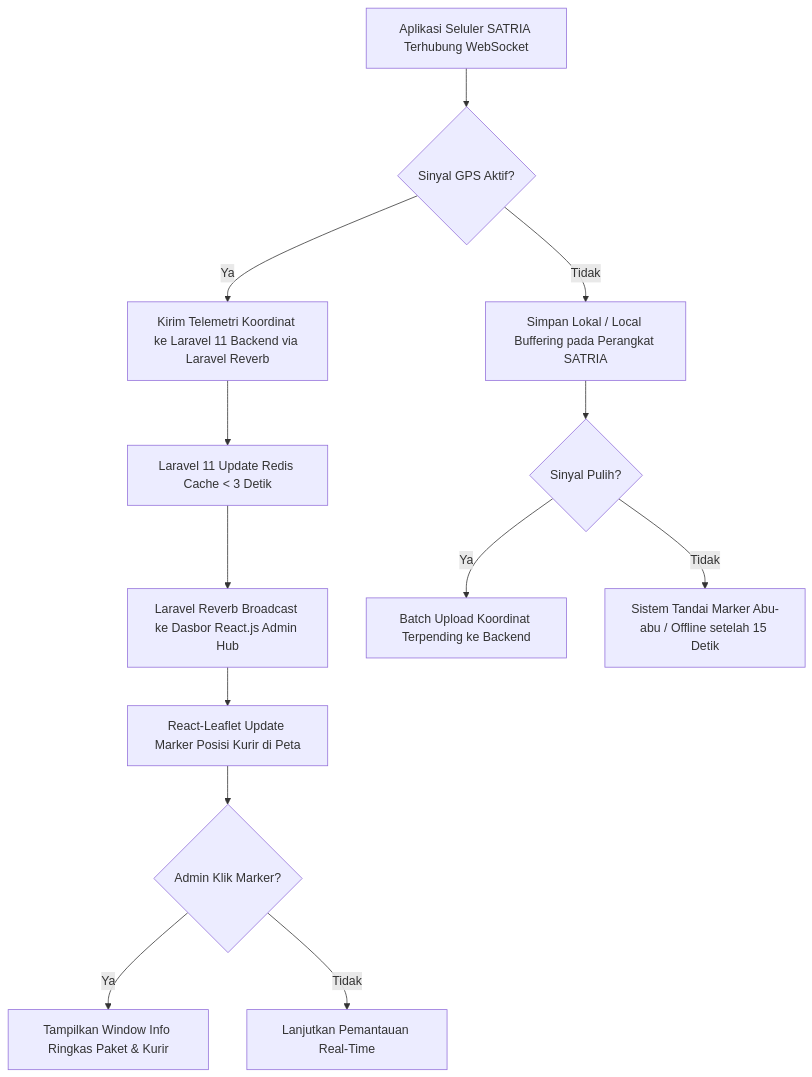
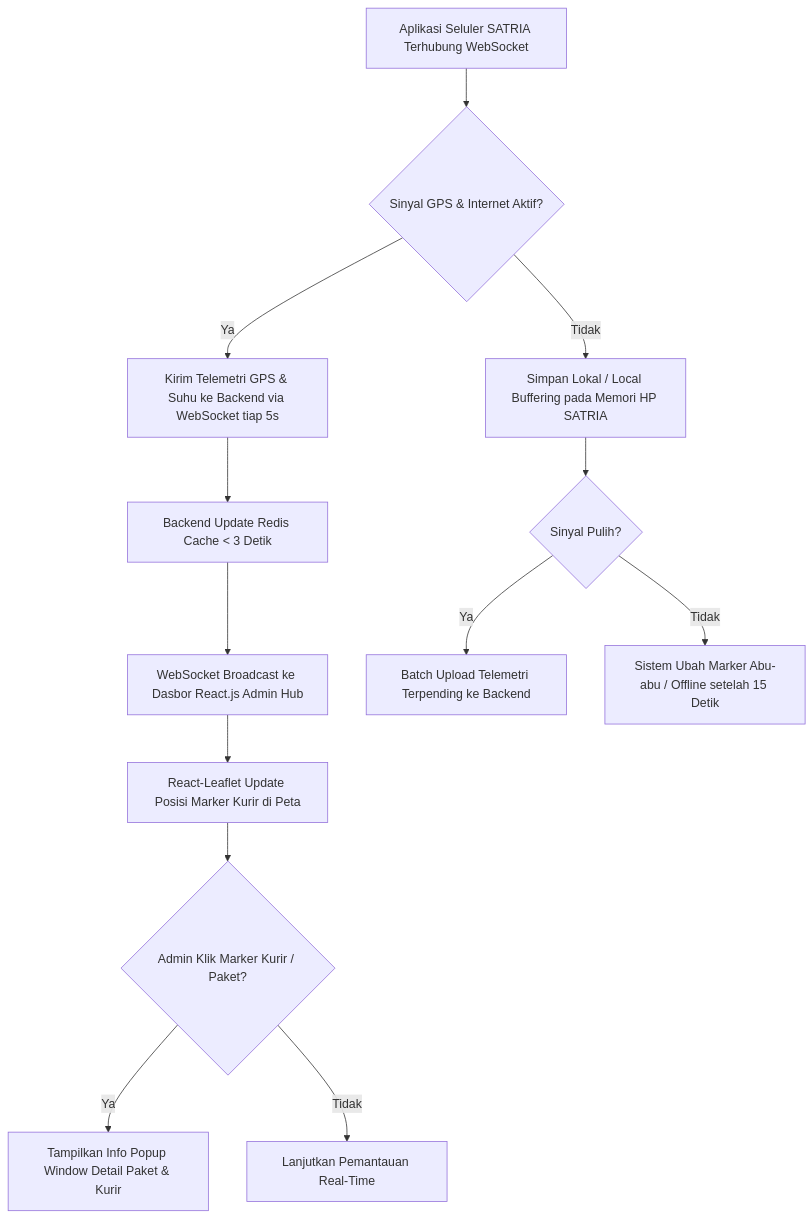
One commit to Ampasan/anteraja-capstone-naufalrakanramadhan changed the diagram in docs/frd/FRD-01-live-monitoring-map.md. Above: the diagram before and after it, drawn with Mermaid. The commit also changed other lines of this file and 6 other files, not shown here.

````diff
--- a/docs/frd/FRD-01-live-monitoring-map.md
+++ b/docs/frd/FRD-01-live-monitoring-map.md
@@ -21,15 +23,15 @@
 ```mermaid
 graph TD
-    A[Aplikasi Seluler SATRIA Terhubung WebSocket] --> B{Sinyal GPS Aktif?}
-    B -- Ya --> C[Kirim Telemetri Koordinat ke Laravel 11 Backend via Laravel Reverb]
-    B -- Tidak --> D[Simpan Lokal / Local Buffering pada Perangkat SATRIA]
-    C --> E[Laravel 11 Update Redis Cache < 3 Detik]
-    E --> F[Laravel Reverb Broadcast ke Dasbor React.js Admin Hub]
-    F --> G[React-Leaflet Update Marker Posisi Kurir di Peta]
-    G --> H{Admin Klik Marker?}
-    H -- Ya --> I[Tampilkan Window Info Ringkas Paket & Kurir]
+    A[Aplikasi Seluler SATRIA Terhubung WebSocket] --> B{Sinyal GPS & Internet Aktif?}
+    B -- Ya --> C[Kirim Telemetri GPS & Suhu ke Backend via WebSocket tiap 5s]
+    B -- Tidak --> D[Simpan Lokal / Local Buffering pada Memori HP SATRIA]
+    C --> E[Backend Update Redis Cache < 3 Detik]
+    E --> F[WebSocket Broadcast ke Dasbor React.js Admin Hub]
+    F --> G[React-Leaflet Update Posisi Marker Kurir di Peta]
+    G --> H{Admin Klik Marker Kurir / Paket?}
+    H -- Ya --> I[Tampilkan Info Popup Window Detail Paket & Kurir]
     H -- Tidak --> J[Lanjutkan Pemantauan Real-Time]
     D --> K{Sinyal Pulih?}
-    K -- Ya --> L[Batch Upload Koordinat Terpending ke Backend]
-    K -- Tidak --> M[Sistem Tandai Marker Abu-abu / Offline setelah 15 Detik]
+    K -- Ya --> L[Batch Upload Telemetri Terpending ke Backend]
+    K -- Tidak --> M[Sistem Ubah Marker Abu-abu / Offline setelah 15 Detik]
 ```
````
